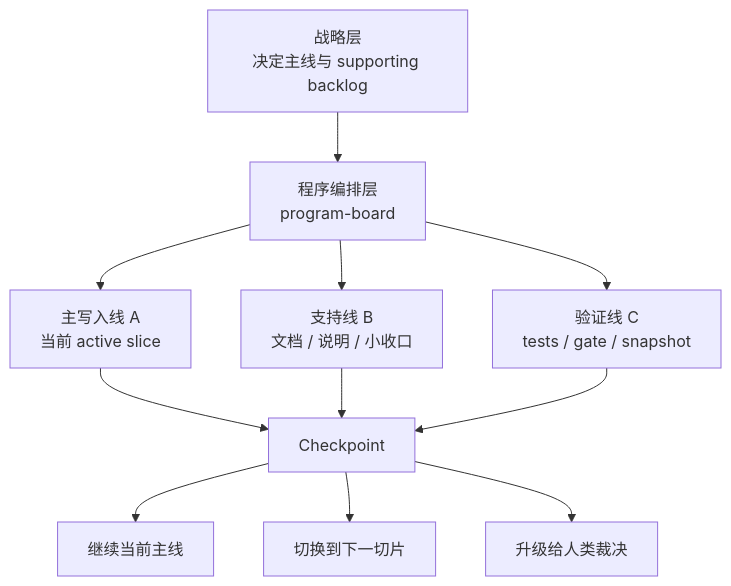
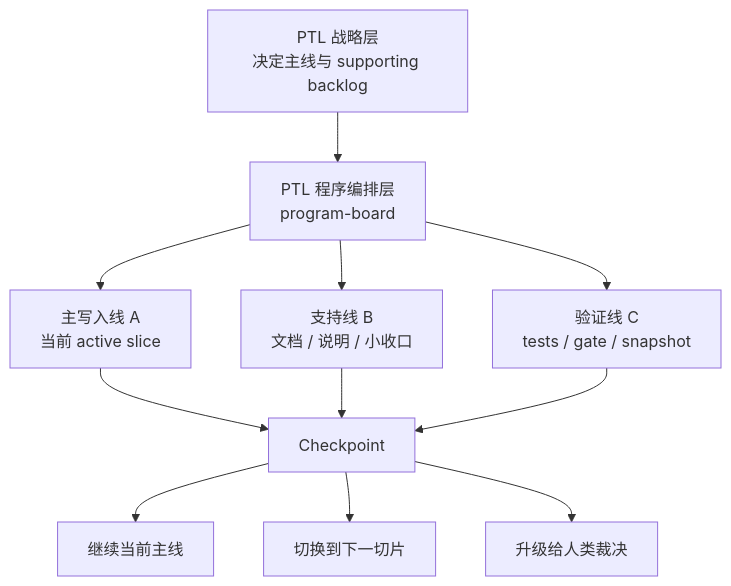
The first of 2 diagrams in docs/reference/project-assistant/orchestration-model.zh-CN.md (redcreen/project-assistant), drawn with Mermaid before and after one commit. The commit also changed other lines of this file and 9 other files, not shown here.

````diff
--- a/docs/reference/project-assistant/orchestration-model.zh-CN.md
+++ b/docs/reference/project-assistant/orchestration-model.zh-CN.md
@@ -64,15 +64,15 @@
 ```mermaid
 flowchart TB
-    S["战略层\n决定主线与 supporting backlog"] --> P["程序编排层\nprogram-board"]
+    S["PTL 战略层\n决定主线与 supporting backlog"] --> P["PTL 程序编排层\nprogram-board"]
     P --> A["主写入线 A\n当前 active slice"]
     P --> B["支持线 B\n文档 / 说明 / 小收口"]
     P --> C["验证线 C\ntests / gate / snapshot"]
 
     A --> CP["Checkpoint"]
     B --> CP
     C --> CP
 
     CP --> D["继续当前主线"]
     CP --> E["切换到下一切片"]
     CP --> F["升级给人类裁决"]
 ```
````
